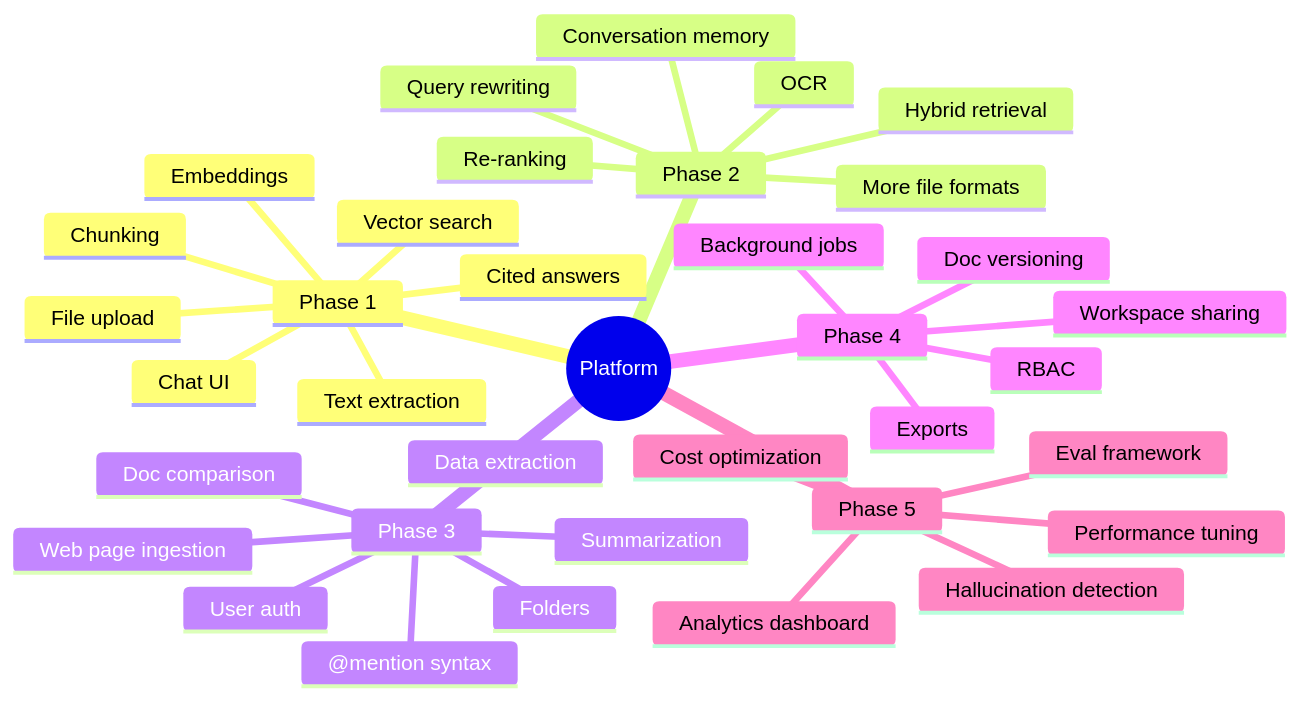
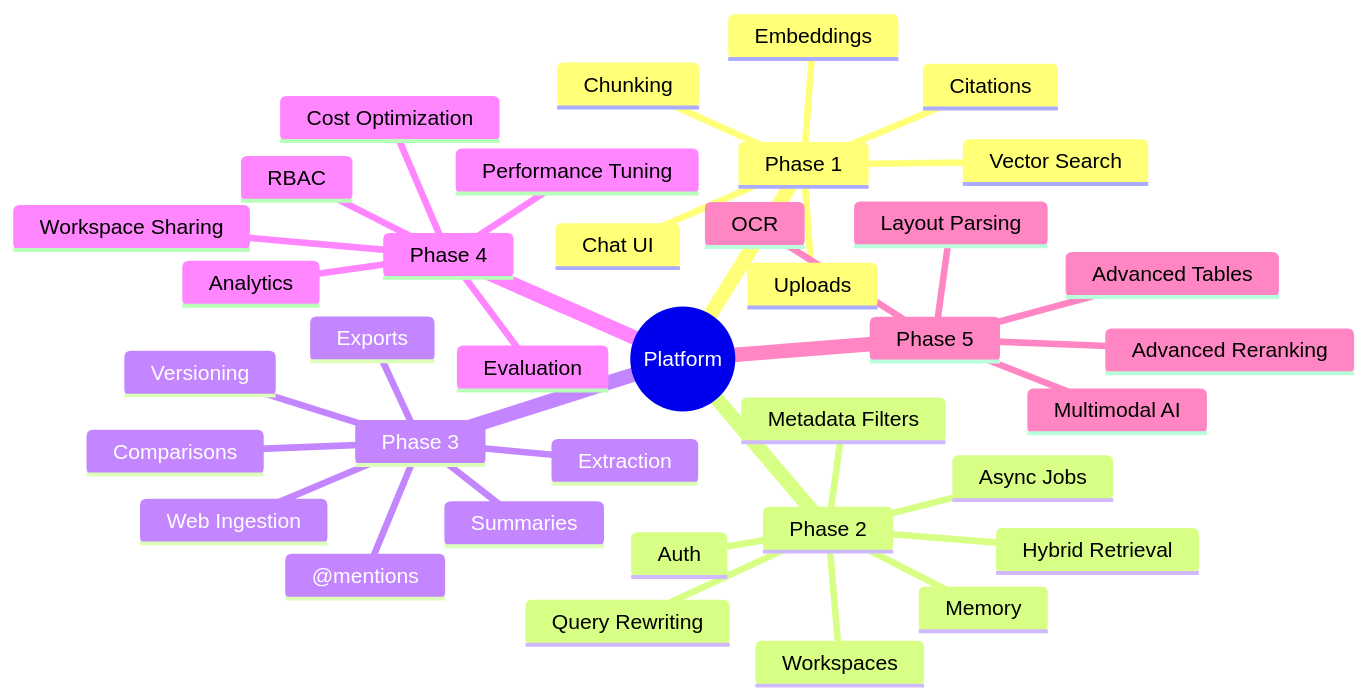
The third of 3 diagrams in Docs/phase-wise-plan.md (balajiVada/DocuMind-AI), drawn with Mermaid before and after one commit. The commit also changed other lines of this file and 60 other files, not shown here.

First line of the commit message:
feat: complete Phase 2 architecture, authentication, and dynamic RAG

````diff
--- a/Docs/phase-wise-plan.md
+++ b/Docs/phase-wise-plan.md
@@ -275,39 +564,40 @@
 ```mermaid
 mindmap
   root((Platform))
     Phase 1
-      File upload
-      Text extraction
+      Uploads
       Chunking
       Embeddings
-      Vector search
-      Cited answers
+      Vector Search
+      Citations
       Chat UI
     Phase 2
-      Hybrid retrieval
-      Re-ranking
-      Query rewriting
-      OCR
-      More file formats
-      Conversation memory
+      Hybrid Retrieval
+      Metadata Filters
+      Query Rewriting
+      Memory
+      Auth
+      Workspaces
+      Async Jobs
     Phase 3
-      Summarization
-      Doc comparison
-      Data extraction
-      @mention syntax
-      Web page ingestion
-      User auth
-      Folders
+      Summaries
+      Comparisons
+      Extraction
+      @mentions
+      Web Ingestion
+      Versioning
+      Exports
     Phase 4
       RBAC
-      Workspace sharing
-      Doc versioning
-      Exports
-      Background jobs
+      Workspace Sharing
+      Evaluation
+      Analytics
+      Cost Optimization
+      Performance Tuning
     Phase 5
-      Eval framework
-      Hallucination detection
-      Cost optimization
-      Analytics dashboard
-      Performance tuning
+      OCR
+      Layout Parsing
+      Advanced Tables
+      Advanced Reranking
+      Multimodal AI
 ```
````
